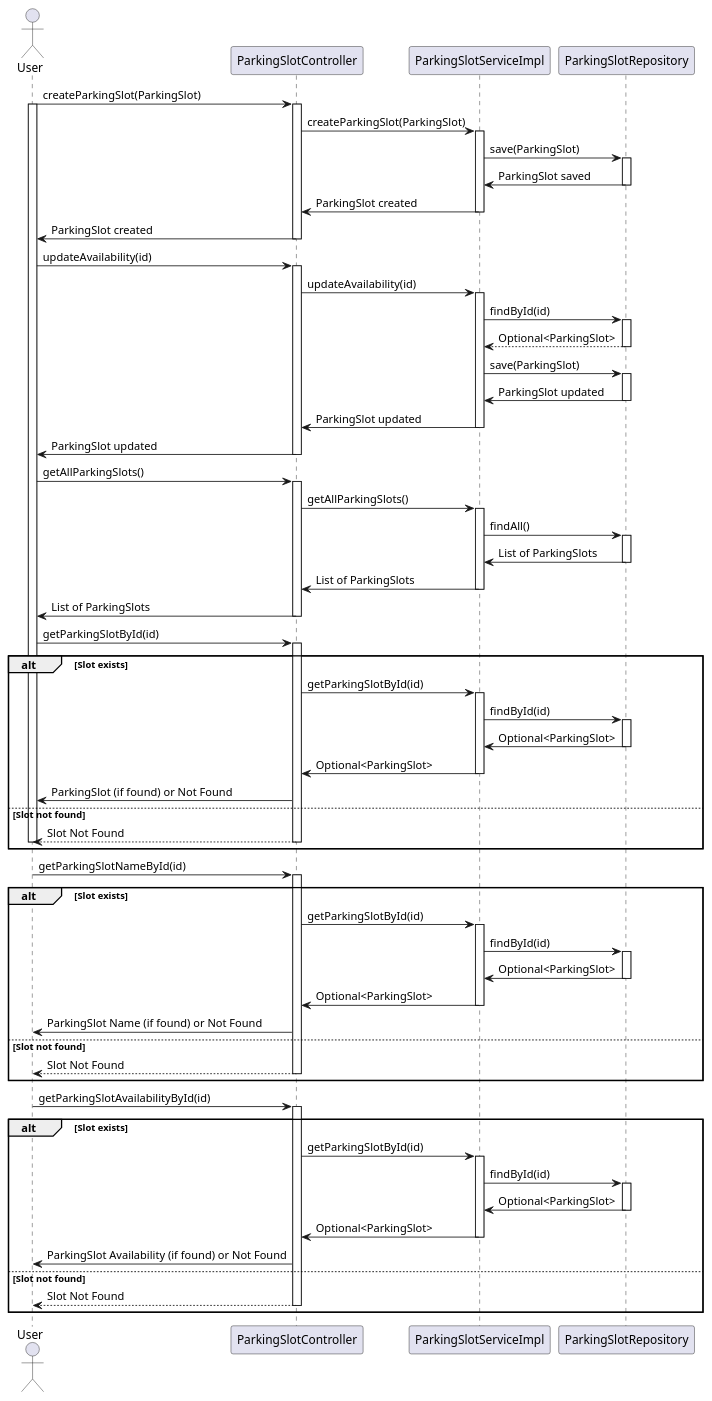
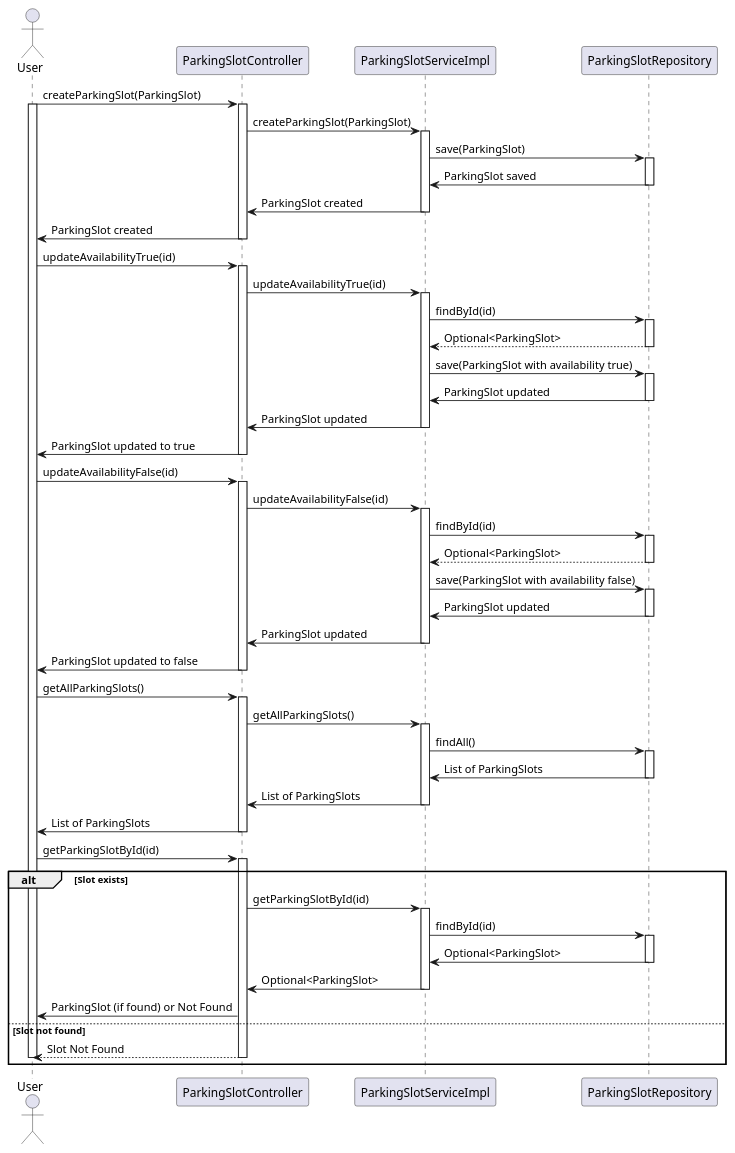
The diagram in parkingslot-service/src/uml/ParkingSlot.puml (RakusasuDorea/MicroserviceDemo), drawn with PlantUML before and after one commit. The commit also changed 1 other file, not shown here.

```diff
--- a/parkingslot-service/src/uml/ParkingSlot.puml
+++ b/parkingslot-service/src/uml/ParkingSlot.puml
@@ -1,106 +1,85 @@
 @startuml
-
 actor User
 participant ParkingSlotController
 participant ParkingSlotServiceImpl
 participant ParkingSlotRepository
 
 User -> ParkingSlotController: createParkingSlot(ParkingSlot)
 activate User
 activate ParkingSlotController
 ParkingSlotController -> ParkingSlotServiceImpl: createParkingSlot(ParkingSlot)
 activate ParkingSlotServiceImpl
 ParkingSlotServiceImpl -> ParkingSlotRepository: save(ParkingSlot)
 activate ParkingSlotRepository
 ParkingSlotRepository -> ParkingSlotServiceImpl: ParkingSlot saved
 deactivate ParkingSlotRepository
 ParkingSlotServiceImpl -> ParkingSlotController: ParkingSlot created
 deactivate ParkingSlotServiceImpl
 ParkingSlotController -> User: ParkingSlot created
 deactivate ParkingSlotController
 
-User -> ParkingSlotController: updateAvailability(id)
+User -> ParkingSlotController: updateAvailabilityTrue(id)
 activate ParkingSlotController
-ParkingSlotController -> ParkingSlotServiceImpl: updateAvailability(id)
+ParkingSlotController -> ParkingSlotServiceImpl: updateAvailabilityTrue(id)
 activate ParkingSlotServiceImpl
 ParkingSlotServiceImpl -> ParkingSlotRepository: findById(id)
 activate ParkingSlotRepository
 ParkingSlotRepository --> ParkingSlotServiceImpl: Optional<ParkingSlot>
 deactivate ParkingSlotRepository
-ParkingSlotServiceImpl -> ParkingSlotRepository: save(ParkingSlot)
+ParkingSlotServiceImpl -> ParkingSlotRepository: save(ParkingSlot with availability true)
 activate ParkingSlotRepository
 ParkingSlotRepository -> ParkingSlotServiceImpl: ParkingSlot updated
 deactivate ParkingSlotRepository
 ParkingSlotServiceImpl -> ParkingSlotController: ParkingSlot updated
 deactivate ParkingSlotServiceImpl
-ParkingSlotController -> User: ParkingSlot updated
+ParkingSlotController -> User: ParkingSlot updated to true
+deactivate ParkingSlotController
+
+User -> ParkingSlotController: updateAvailabilityFalse(id)
+activate ParkingSlotController
+ParkingSlotController -> ParkingSlotServiceImpl: updateAvailabilityFalse(id)
+activate ParkingSlotServiceImpl
+ParkingSlotServiceImpl -> ParkingSlotRepository: findById(id)
+activate ParkingSlotRepository
+ParkingSlotRepository --> ParkingSlotServiceImpl: Optional<ParkingSlot>
+deactivate ParkingSlotRepository
+ParkingSlotServiceImpl -> ParkingSlotRepository: save(ParkingSlot with availability false)
+activate ParkingSlotRepository
+ParkingSlotRepository -> ParkingSlotServiceImpl: ParkingSlot updated
+deactivate ParkingSlotRepository
+ParkingSlotServiceImpl -> ParkingSlotController: ParkingSlot updated
+deactivate ParkingSlotServiceImpl
+ParkingSlotController -> User: ParkingSlot updated to false
 deactivate ParkingSlotController
 
 User -> ParkingSlotController: getAllParkingSlots()
 activate ParkingSlotController
 ParkingSlotController -> ParkingSlotServiceImpl: getAllParkingSlots()
 activate ParkingSlotServiceImpl
 ParkingSlotServiceImpl -> ParkingSlotRepository: findAll()
 activate ParkingSlotRepository
 ParkingSlotRepository -> ParkingSlotServiceImpl: List of ParkingSlots
 deactivate ParkingSlotRepository
 ParkingSlotServiceImpl -> ParkingSlotController: List of ParkingSlots
 deactivate ParkingSlotServiceImpl
 ParkingSlotController -> User: List of ParkingSlots
 deactivate ParkingSlotController
 
 User -> ParkingSlotController: getParkingSlotById(id)
 activate ParkingSlotController
 alt Slot exists
 ParkingSlotController -> ParkingSlotServiceImpl: getParkingSlotById(id)
 activate ParkingSlotServiceImpl
 ParkingSlotServiceImpl -> ParkingSlotRepository: findById(id)
 activate ParkingSlotRepository
 ParkingSlotRepository -> ParkingSlotServiceImpl: Optional<ParkingSlot>
 deactivate ParkingSlotRepository
 ParkingSlotServiceImpl -> ParkingSlotController: Optional<ParkingSlot>
 deactivate ParkingSlotServiceImpl
 ParkingSlotController -> User: ParkingSlot (if found) or Not Found
 else Slot not found
 ParkingSlotController --> User: Slot Not Found
 deactivate ParkingSlotController
 deactivate User
 end
-
-User -> ParkingSlotController: getParkingSlotNameById(id)
-activate ParkingSlotController
-alt Slot exists
-ParkingSlotController -> ParkingSlotServiceImpl: getParkingSlotById(id)
-activate ParkingSlotServiceImpl
-ParkingSlotServiceImpl -> ParkingSlotRepository: findById(id)
-activate ParkingSlotRepository
-ParkingSlotRepository -> ParkingSlotServiceImpl: Optional<ParkingSlot>
-deactivate ParkingSlotRepository
-ParkingSlotServiceImpl -> ParkingSlotController: Optional<ParkingSlot>
-deactivate ParkingSlotServiceImpl
-ParkingSlotController -> User: ParkingSlot Name (if found) or Not Found
-else Slot not found
-ParkingSlotController --> User: Slot Not Found
-deactivate ParkingSlotController
-deactivate User
-end
-
-User -> ParkingSlotController: getParkingSlotAvailabilityById(id)
-activate ParkingSlotController
-alt Slot exists
-ParkingSlotController -> ParkingSlotServiceImpl: getParkingSlotById(id)
-activate ParkingSlotServiceImpl
-ParkingSlotServiceImpl -> ParkingSlotRepository: findById(id)
-activate ParkingSlotRepository
-ParkingSlotRepository -> ParkingSlotServiceImpl: Optional<ParkingSlot>
-deactivate ParkingSlotRepository
-ParkingSlotServiceImpl -> ParkingSlotController: Optional<ParkingSlot>
-deactivate ParkingSlotServiceImpl
-ParkingSlotController -> User: ParkingSlot Availability (if found) or Not Found
-else Slot not found
-ParkingSlotController --> User: Slot Not Found
-deactivate ParkingSlotController
-deactivate User
-end
-
 @enduml
```
